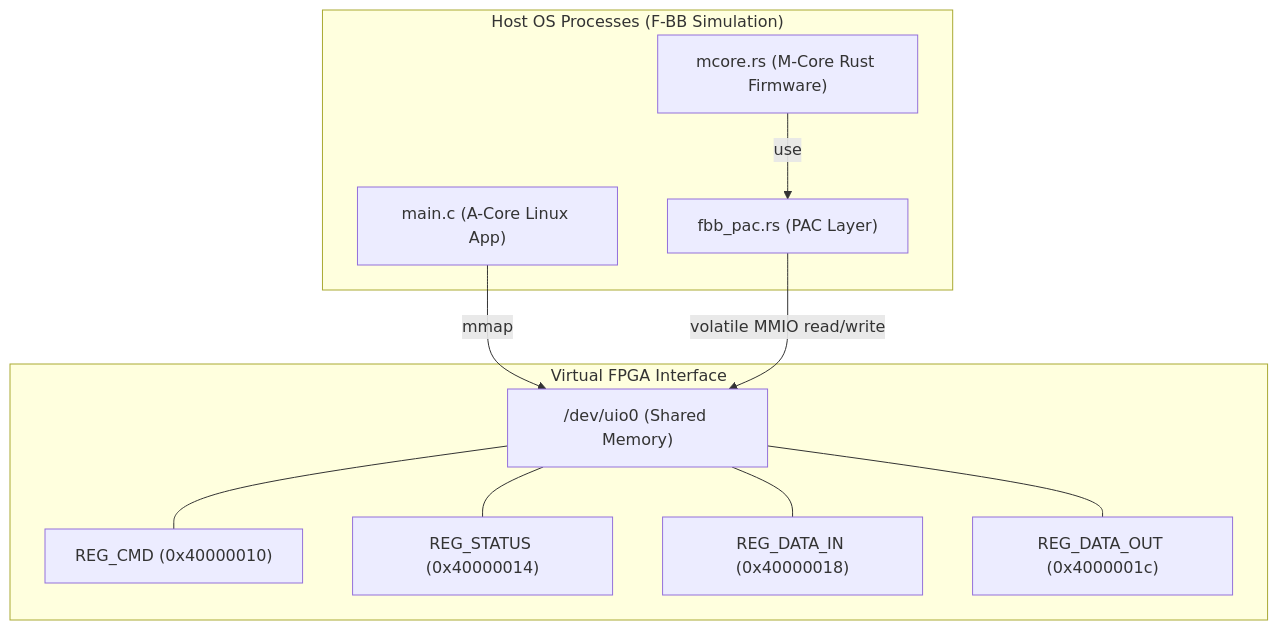
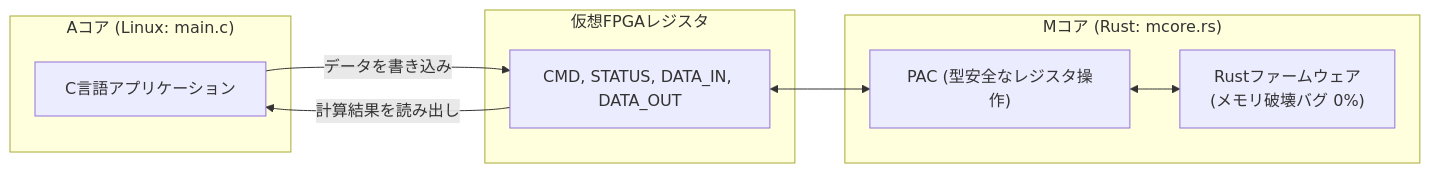
Before and after one commit to sirosiro/FPGA-BoardlessBench: the diagram in tests/scenarios/16_amp_mcore_Rust_baremetal/README.md, drawn with Mermaid. The commit also changed other lines of this file and 48 other files, not shown here.

````diff
--- a/tests/scenarios/16_amp_mcore_Rust_baremetal/README.md
+++ b/tests/scenarios/16_amp_mcore_Rust_baremetal/README.md
@@ -9,25 +17,20 @@
 ```mermaid
-graph TD
-    subgraph "Host OS Processes (F-BB Simulation)"
-        ACore["main.c (A-Core Linux App)"]
-        MCore["mcore.rs (M-Core Rust Firmware)"]
-        PAC["fbb_pac.rs (PAC Layer)"]
+flowchart LR
+    subgraph A_Core ["Aコア (Linux: main.c)"]
+        LinuxApp["C言語アプリケーション"]
     end
-    
-    subgraph "Virtual FPGA Interface"
-        UIO["/dev/uio0 (Shared Memory)"]
-        CMD["REG_CMD (0x40000010)"]
-        STATUS["REG_STATUS (0x40000014)"]
-        DATA_IN["REG_DATA_IN (0x40000018)"]
-        DATA_OUT["REG_DATA_OUT (0x4000001c)"]
+
+    subgraph Memory ["仮想FPGAレジスタ"]
+        Regs["CMD, STATUS, DATA_IN, DATA_OUT"]
     end
-    
-    ACore -->|mmap| UIO
-    MCore -->|use| PAC
-    PAC -->|volatile MMIO read/write| UIO
-    
-    UIO --- CMD
-    UIO --- STATUS
-    UIO --- DATA_IN
-    UIO --- DATA_OUT
+
+    subgraph M_Core ["Mコア (Rust: mcore.rs)"]
+        PAC["PAC (型安全なレジスタ操作)"]
+        RustApp["Rustファームウェア\n(メモリ破壊バグ 0%)"]
+    end
+
+    LinuxApp -->|"データを書き込み"| Regs
+    Regs <--> PAC
+    PAC <--> RustApp
+    Regs -->|"計算結果を読み出し"| LinuxApp
 ```
````
